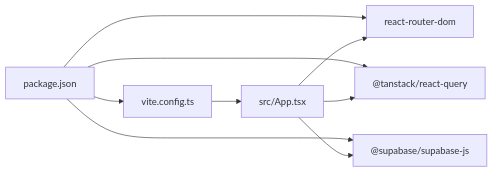
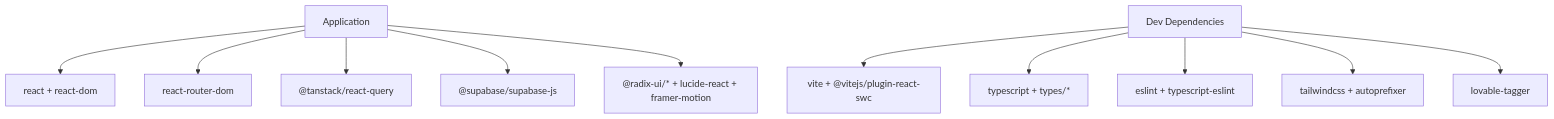
Before and after one commit to Sebu750/adorzia-studio: the tenth of 10 diagrams in .qoder/repowiki/en/content/Getting Started.md, drawn with Mermaid. The commit also changed other lines of this file and 327 other files, not shown here.

````diff
--- a/.qoder/repowiki/en/content/Getting Started.md
+++ b/.qoder/repowiki/en/content/Getting Started.md
@@ -312,17 +273,13 @@
 ```mermaid
-graph LR
-P["package.json"]
-V["vite.config.ts"]
-A["src/App.tsx"]
-SA["@supabase/supabase-js"]
-RRD["react-router-dom"]
-RQ["@tanstack/react-query"]
-P --> V
-P --> SA
-P --> RRD
-P --> RQ
-V --> A
-A --> RRD
-A --> RQ
-A --> SA
+graph TB
+App["Application"] --> React["react + react-dom"]
+App --> Router["react-router-dom"]
+App --> Query["@tanstack/react-query"]
+App --> Supabase["@supabase/supabase-js"]
+App --> UI["@radix-ui/* + lucide-react + framer-motion"]
+Dev["Dev Dependencies"] --> Vite["vite + @vitejs/plugin-react-swc"]
+Dev --> TS["typescript + types/*"]
+Dev --> Lint["eslint + typescript-eslint"]
+Dev --> TailwindDev["tailwindcss + autoprefixer"]
+Dev --> Lovable["lovable-tagger"]
 ```
````
